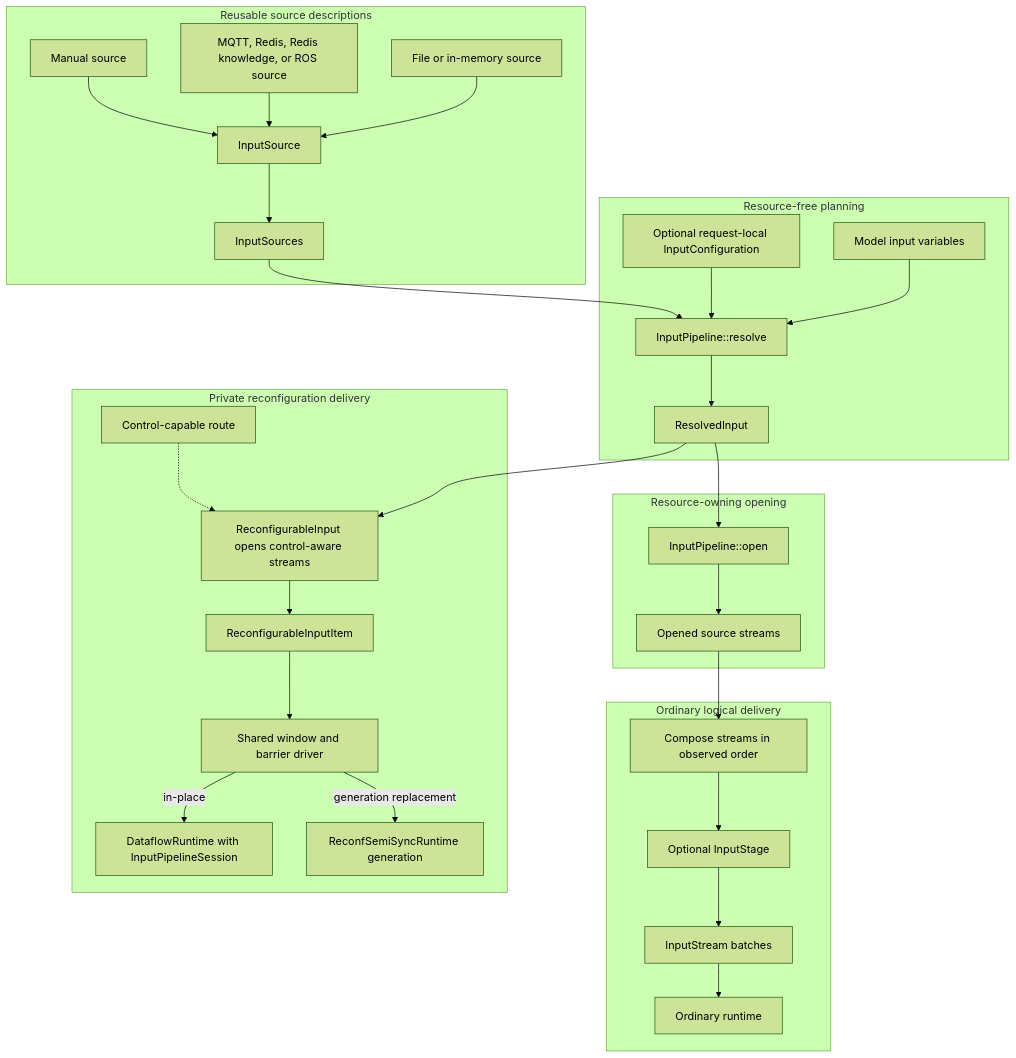
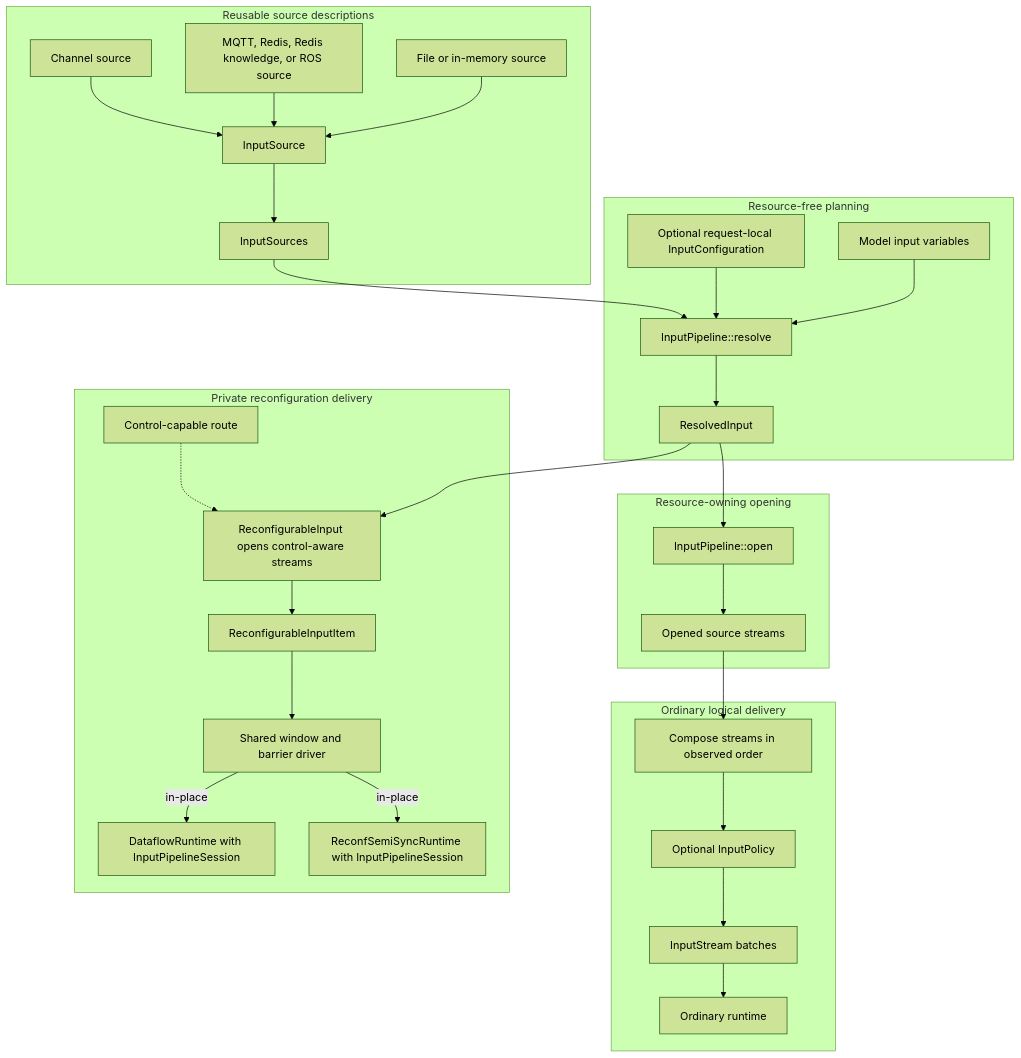
One commit to INTO-CPS-Association/robosapiens-trustworthiness-checker changed the first of 4 diagrams in docs/src/input-architecture.md. Above: the diagram before and after it, drawn with Mermaid (forest theme). The commit also changed other lines of this file and 109 other files, not shown here.

````diff
--- a/docs/src/input-architecture.md
+++ b/docs/src/input-architecture.md
@@ -18,61 +18,61 @@
 ```mermaid
 flowchart TB
     accTitle: Input architecture from source descriptions to runtime boundaries
-    accDescr: Reusable InputSource descriptions are owned by InputSources. Model inputs and optional request-local bindings meet that registry at resource-free InputPipeline resolution, which produces a ResolvedInput plan. Normal opening creates source streams that are composed, optionally windowed, and delivered as data-only InputStream batches. Reconfigurable opening creates a private data/control item stream consumed either by a persistent dataflow session or by a replacement semisynchronous generation.
+    accDescr: Reusable InputSource descriptions are owned by InputSources. Model inputs and optional request-local bindings meet that registry at resource-free InputPipeline resolution, which produces a ResolvedInput plan. Normal opening creates source streams that are composed, optionally windowed, and delivered as data-only InputStream batches. Reconfigurable opening creates a private data/control item stream consumed by persistent dataflow or semisynchronous I/O sessions.
 
     subgraph source["Reusable source descriptions"]
         file["File or in-memory source"]
         live["MQTT, Redis, Redis knowledge, or ROS source"]
-        manual["Manual source"]
+        channel["Channel source"]
         description["InputSource"]
         registry["InputSources"]
         file --> description
         live --> description
-        manual --> description
+        channel --> description
         description --> registry
     end
 
     subgraph planning["Resource-free planning"]
         model["Model input variables"]
         request["Optional request-local InputConfiguration"]
         resolve["InputPipeline::resolve"]
         plan["ResolvedInput"]
         model --> resolve
         request --> resolve
         registry --> resolve
         resolve --> plan
     end
 
     subgraph opening["Resource-owning opening"]
         open["InputPipeline::open"]
         opened["Opened source streams"]
         plan --> open
         open --> opened
     end
 
     subgraph data["Ordinary logical delivery"]
         compose["Compose streams in observed order"]
-        stage["Optional InputStage"]
+        policy["Optional InputPolicy"]
         stream["InputStream batches"]
         ordinary["Ordinary runtime"]
         opened --> compose
-        compose --> stage
-        stage --> stream
+        compose --> policy
+        policy --> stream
         stream --> ordinary
     end
 
     subgraph controlpath["Private reconfiguration delivery"]
         control["Control-capable route"]
         reopen["ReconfigurableInput opens control-aware streams"]
         items["ReconfigurableInputItem"]
         barrier["Shared window and barrier driver"]
         dataflow["DataflowRuntime with InputPipelineSession"]
-        semisync["ReconfSemiSyncRuntime generation"]
+        semisync["ReconfSemiSyncRuntime with InputPipelineSession"]
         plan --> reopen
         control -.-> reopen
         reopen --> items
         items --> barrier
         barrier -->|"in-place"| dataflow
-        barrier -->|"generation replacement"| semisync
+        barrier -->|"in-place"| semisync
     end
 ```
````
